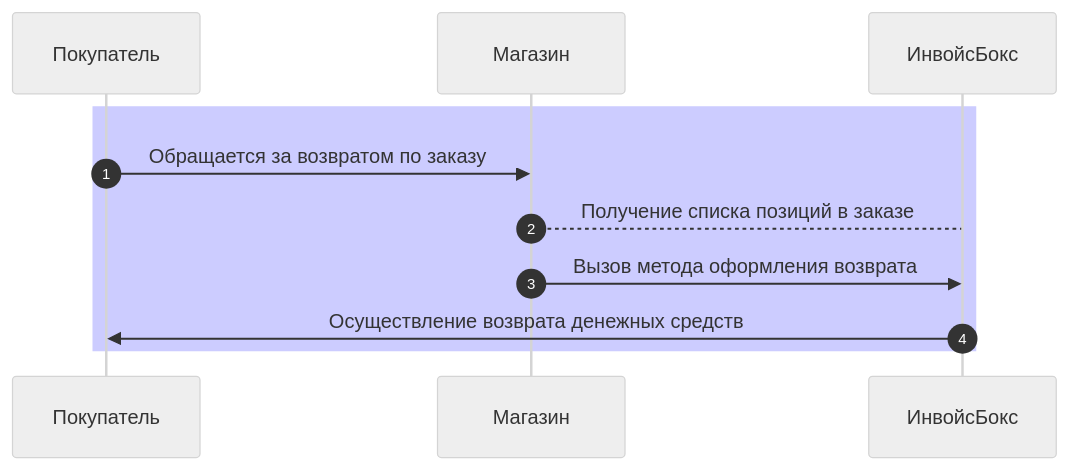
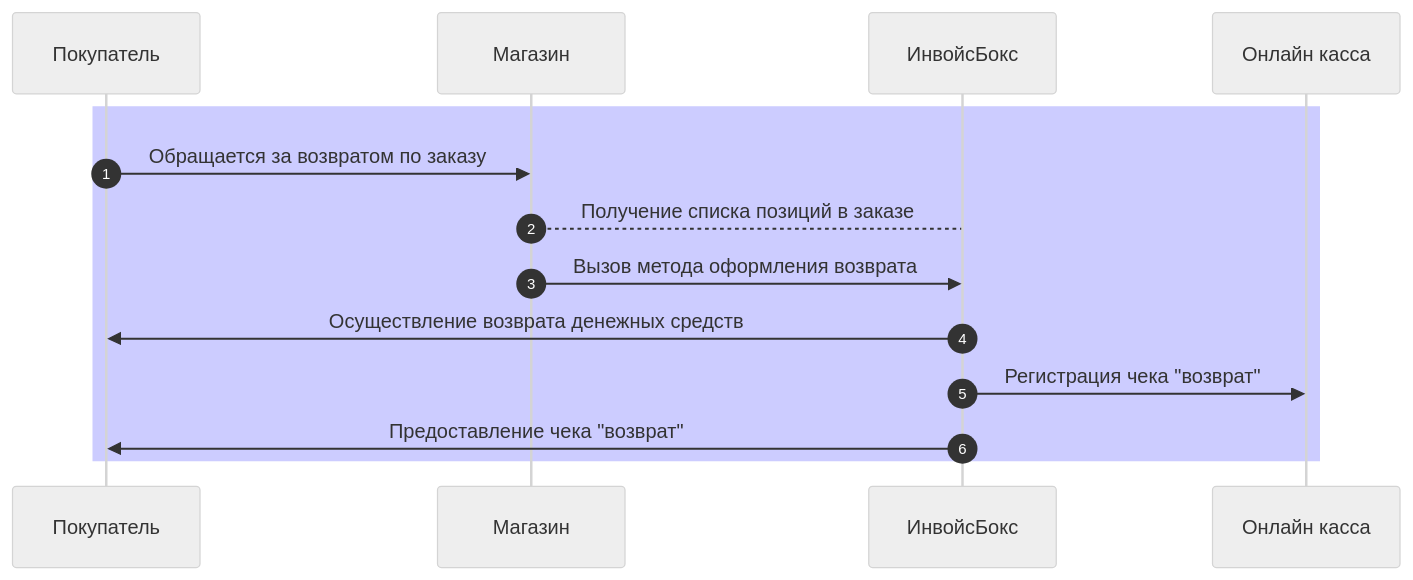
Before and after one commit to YIGRIKY/invoicebox-docs: the third of 3 diagrams in docs/schema.md, drawn with Mermaid (neutral theme). The commit also changed other lines of this file, not shown here.

```diff
--- a/docs/schema.md
+++ b/docs/schema.md
@@ -65,13 +65,16 @@
 <div class="mermaid">
 sequenceDiagram
     autonumber
     participant Покупатель
     participant Магазин
     participant ИнвойсБокс 
+    participant Онлайн касса
     rect rgb(204, 204, 255)
       Покупатель->>Магазин: Обращается за возвратом по заказу
       Магазин-->ИнвойсБокс: Получение списка позиций в заказе
       Магазин->>ИнвойсБокс: Вызов метода оформления возврата
       ИнвойсБокс->>Покупатель: Осуществление возврата денежных средств
+      ИнвойсБокс->>Онлайн касса: Регистрация чека "возврат"
+      ИнвойсБокс->>Покупатель: Предоставление чека "возврат"
     end
 </div>
```
